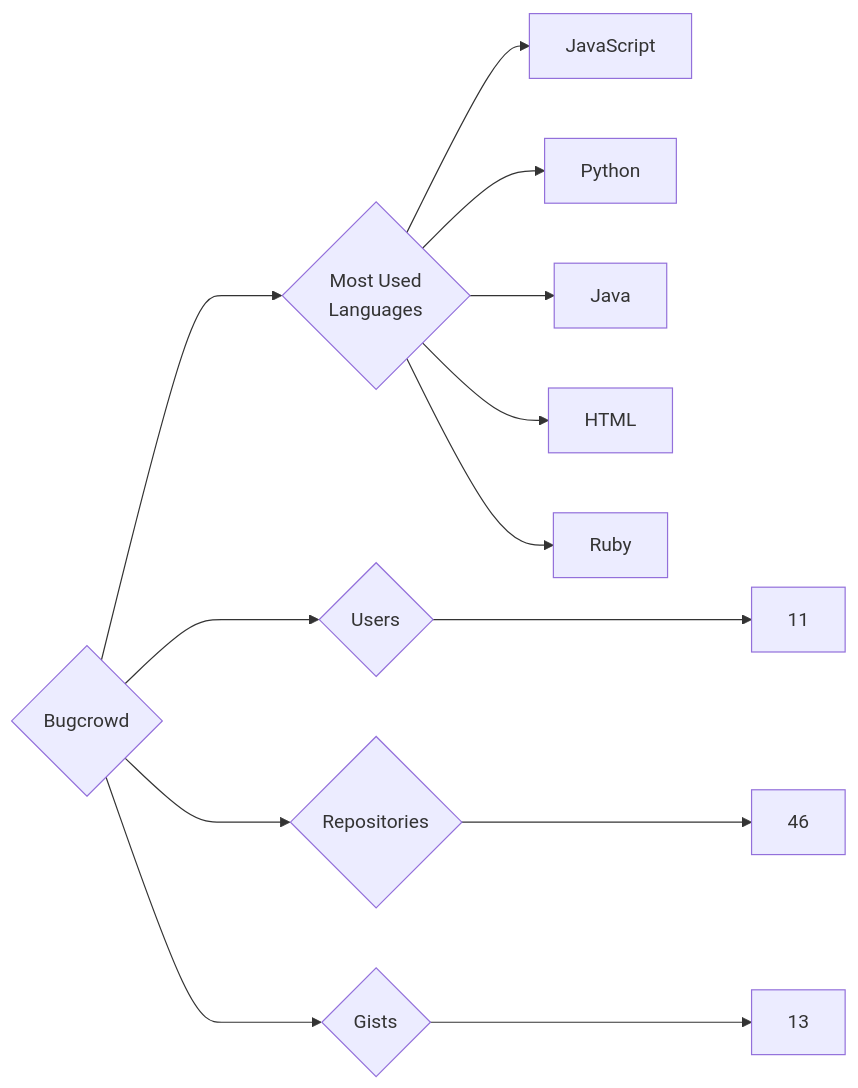
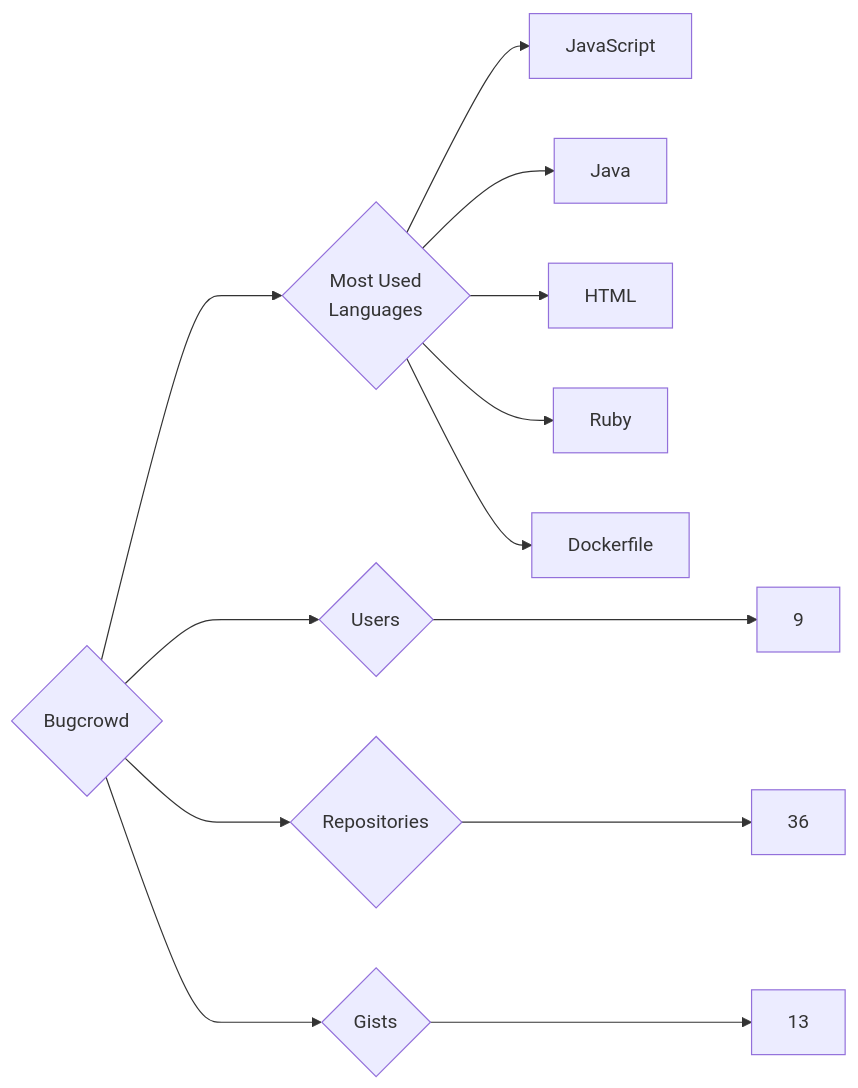
Before and after one commit to trickest/insiders: the diagram in targets/Bugcrowd/README.md, drawn with Mermaid. The commit also changed 993 other files, not shown here.

````diff
--- a/targets/Bugcrowd/README.md
+++ b/targets/Bugcrowd/README.md
@@ -3,13 +3,13 @@
 ```mermaid
 graph LR
 COMPANY_NAME{Bugcrowd}
-COMPANY_NAME ---> U{Users} ---> UN[11]
-COMPANY_NAME ---> R{Repositories} ---> RN[46]
+COMPANY_NAME ---> U{Users} ---> UN[9]
+COMPANY_NAME ---> R{Repositories} ---> RN[36]
 COMPANY_NAME ---> G{Gists} ---> GN[13]
 COMPANY_NAME ---> ML{Most Used<br>Languages}
 ML --> JavaScript[JavaScript]
-ML --> Python[Python]
 ML --> Java[Java]
 ML --> HTML[HTML]
 ML --> Ruby[Ruby]
+ML --> Dockerfile[Dockerfile]
 ```
````
